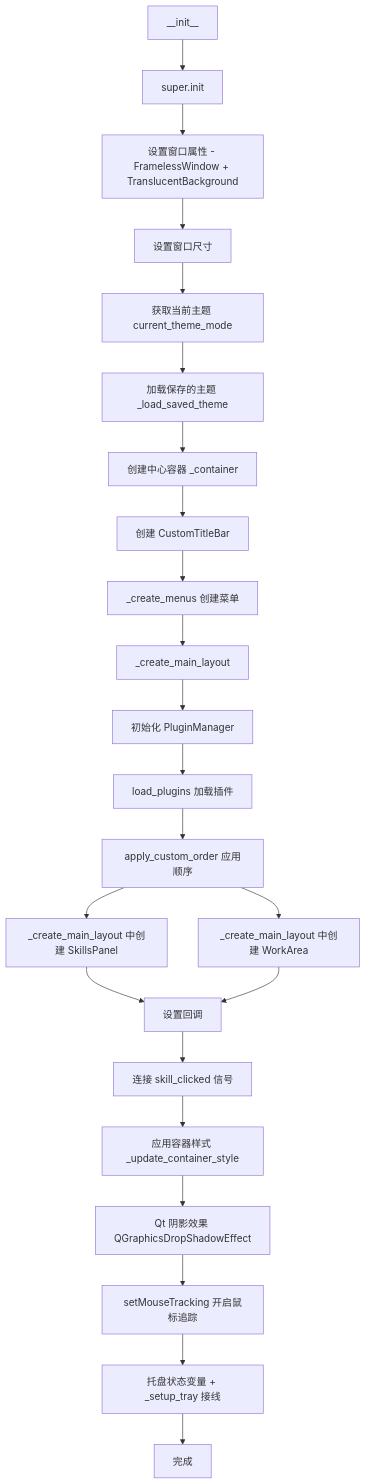
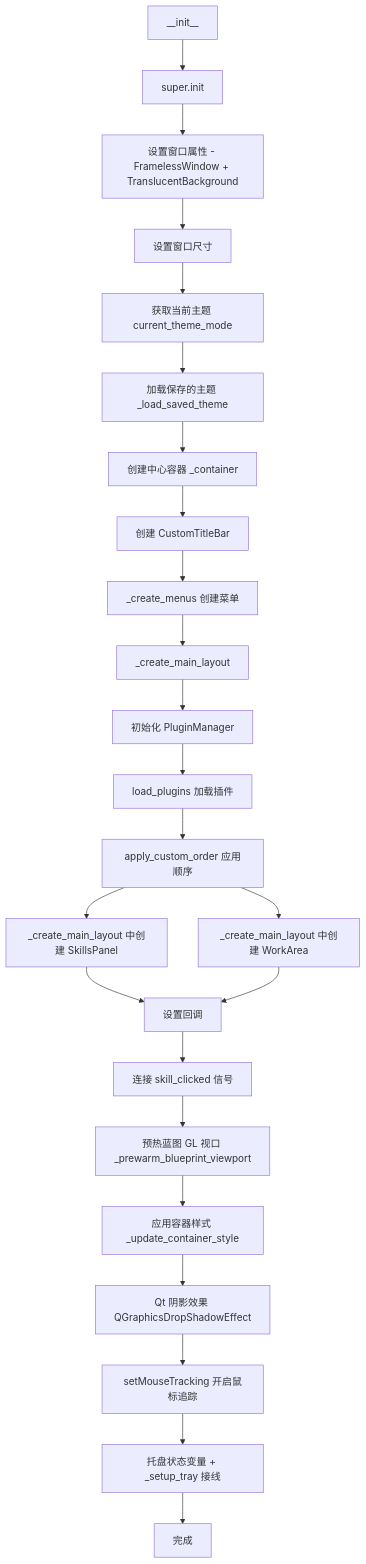
The third of 5 diagrams in docs/ui/main-window.md (KKPIP-Tech/InstructionX), drawn with Mermaid before and after one commit. The commit also changed other lines of this file and 2 other files, not shown here.

Commit message:
fix(ui): 预热蓝图 GL 视口，修复打开蓝图插件时主窗口原生句柄重建闪烁

````diff
--- a/docs/ui/main-window.md
+++ b/docs/ui/main-window.md
@@ -196,27 +196,28 @@
 ```mermaid
 flowchart TD
     A[__init__] --> B[super.init]
     B --> C[设置窗口属性 - FramelessWindow + TranslucentBackground]
     C --> D[设置窗口尺寸]
     D --> E[获取当前主题 current_theme_mode]
     E --> F[加载保存的主题 _load_saved_theme]
     F --> G[创建中心容器 _container]
     G --> H[创建 CustomTitleBar]
     H --> I[_create_menus 创建菜单]
     I --> J[_create_main_layout]
 
     J --> K[初始化 PluginManager]
     K --> L[load_plugins 加载插件]
     L --> M[apply_custom_order 应用顺序]
 
     M --> N[_create_main_layout 中创建 SkillsPanel]
     M --> O[_create_main_layout 中创建 WorkArea]
     N --> P[设置回调]
     O --> P
     P --> Q[连接 skill_clicked 信号]
-    Q --> R[应用容器样式 _update_container_style]
+    Q --> PW[预热蓝图 GL 视口 _prewarm_blueprint_viewport]
+    PW --> R[应用容器样式 _update_container_style]
     R --> R2[Qt 阴影效果 QGraphicsDropShadowEffect]
     R2 --> R3[setMouseTracking 开启鼠标追踪]
     R3 --> R4[托盘状态变量 + _setup_tray 接线]
     R4 --> S[完成]
 ```
````
